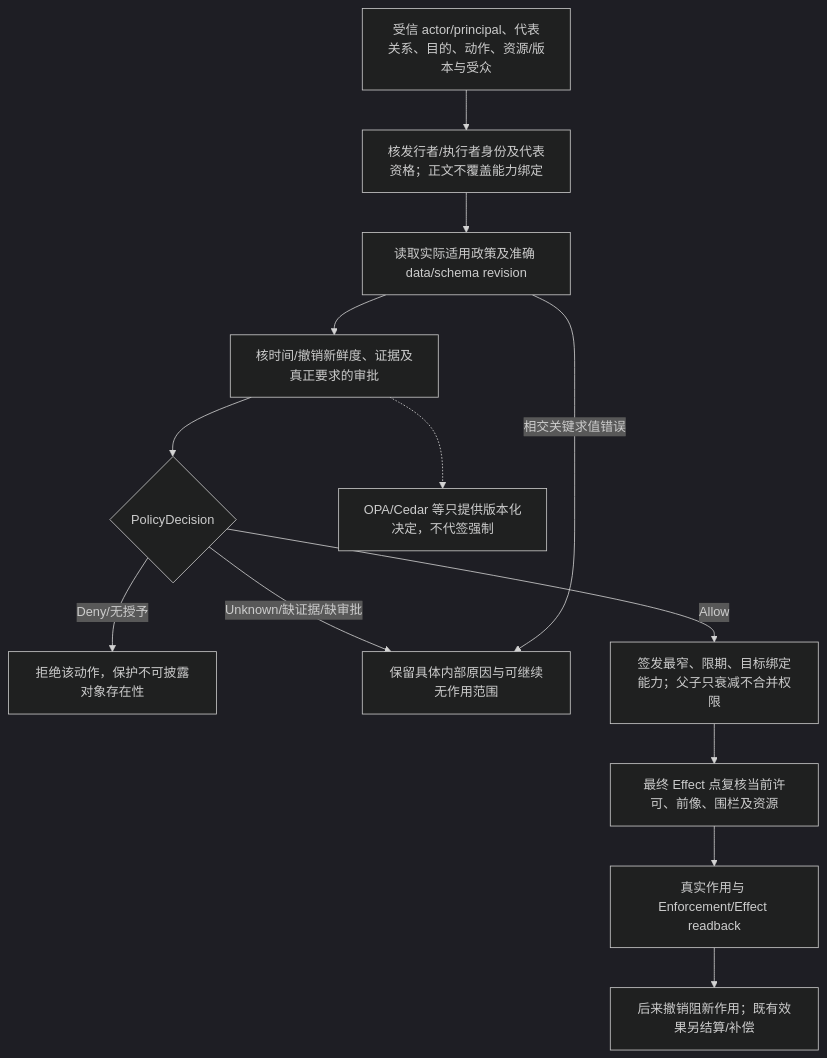
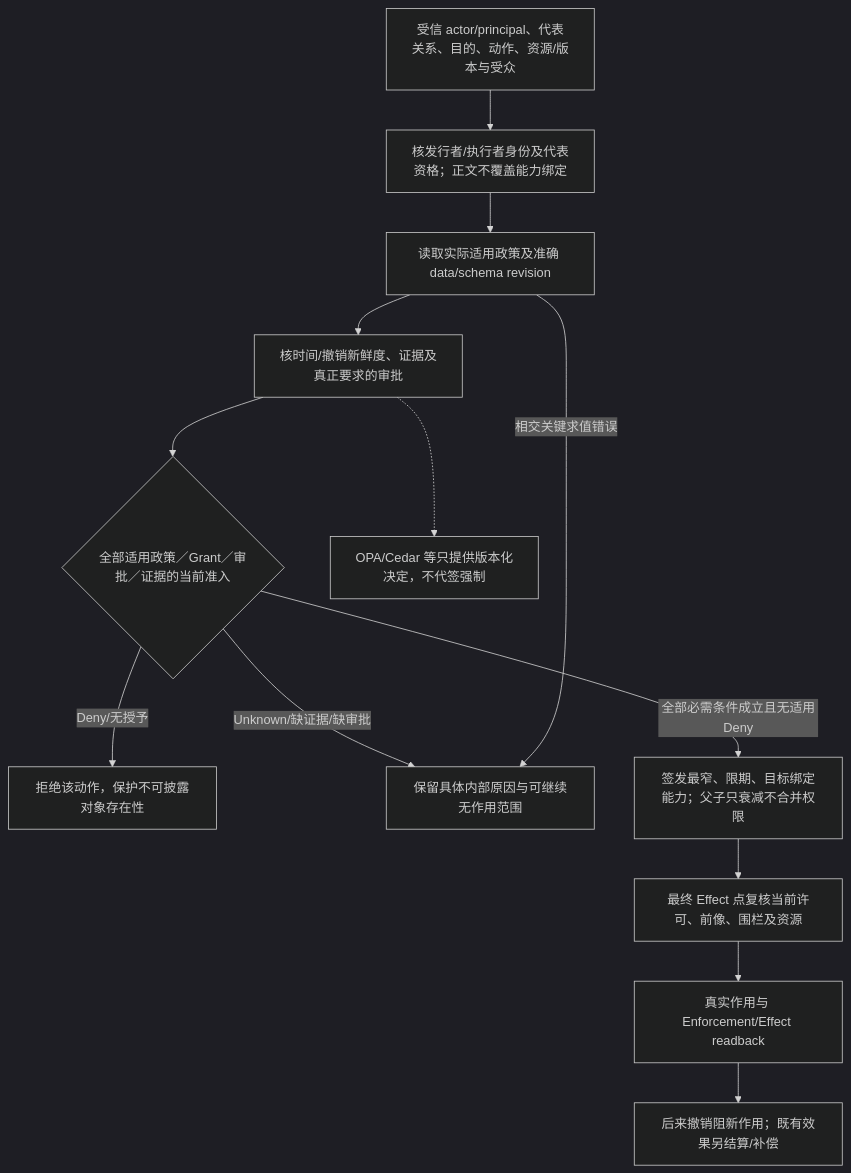
One commit to sec-platform/sec changed the third of 12 diagrams in docs/运行/权限与资源管理.md. Above: the diagram before and after it, drawn with Mermaid (dark theme). The commit also changed other lines of this file and 33 other files, not shown here.

````diff
--- a/docs/运行/权限与资源管理.md
+++ b/docs/运行/权限与资源管理.md
@@ -276,15 +278,15 @@
 ```mermaid
 flowchart TB
   request["受信 actor/principal、代表关系、目的、动作、资源/版本与受众"] --> authenticate["核发行者/执行者身份及代表资格；正文不覆盖能力绑定"]
   authenticate --> policies["读取实际适用政策及准确 data/schema revision"]
   policies --> evaluation["核时间/撤销新鲜度、证据及真正要求的审批"]
-  evaluation --> decision{"PolicyDecision"}
+  evaluation --> decision{"全部适用政策／Grant／审批／证据的当前准入"}
   decision -->|Deny/无授予| deny["拒绝该动作，保护不可披露对象存在性"]
   decision -->|Unknown/缺证据/缺审批| pending["保留具体内部原因与可继续无作用范围"]
-  decision -->|Allow| permit["签发最窄、限期、目标绑定能力；父子只衰减不合并权限"]
+  decision -->|全部必需条件成立且无适用Deny| permit["签发最窄、限期、目标绑定能力；父子只衰减不合并权限"]
   permit --> enforce["最终 Effect 点复核当前许可、前像、围栏及资源"]
   enforce --> real["真实作用与 Enforcement/Effect readback"]
   policies -->|相交关键求值错误| pending
   real --> revoke["后来撤销阻新作用；既有效果另结算/补偿"]
   evaluation -.-> external["OPA/Cedar 等只提供版本化决定，不代签强制"]
 ```
````
